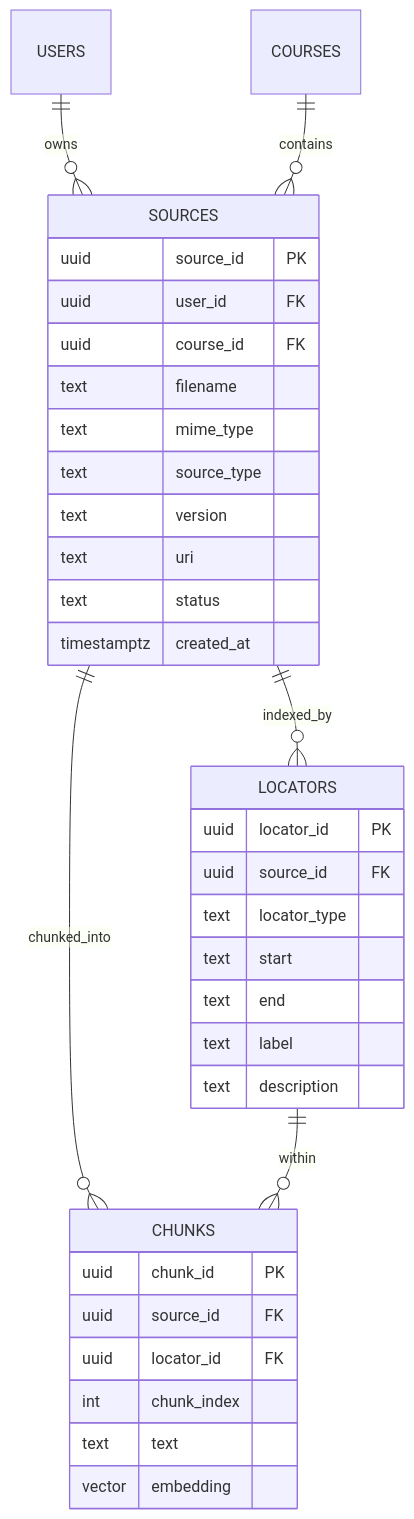
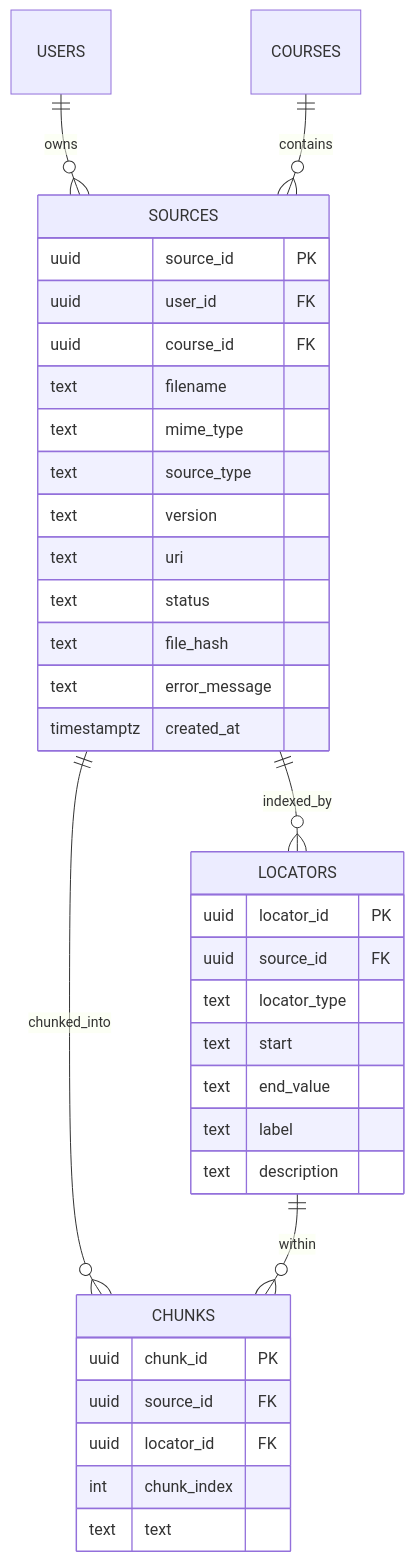
Before and after one commit to RileyK05/Stacks: the ninth of 19 diagrams in system.md, drawn with Mermaid. The commit also changed other lines of this file and 15 other files, not shown here.

````diff
--- a/system.md
+++ b/system.md
@@ -258,38 +268,39 @@
 ```mermaid
 erDiagram
     USERS ||--o{ SOURCES : owns
     COURSES ||--o{ SOURCES : contains
     SOURCES ||--o{ LOCATORS : indexed_by
     SOURCES ||--o{ CHUNKS : chunked_into
     LOCATORS ||--o{ CHUNKS : within
 
     SOURCES {
         uuid source_id PK
         uuid user_id FK
         uuid course_id FK
         text filename
         text mime_type
         text source_type
         text version
         text uri
         text status
+        text file_hash
+        text error_message
         timestamptz created_at
     }
     LOCATORS {
         uuid locator_id PK
         uuid source_id FK
         text locator_type
         text start
-        text end
+        text end_value
         text label
         text description
     }
     CHUNKS {
         uuid chunk_id PK
         uuid source_id FK
         uuid locator_id FK
         int chunk_index
         text text
-        vector embedding
     }
 ```
````
